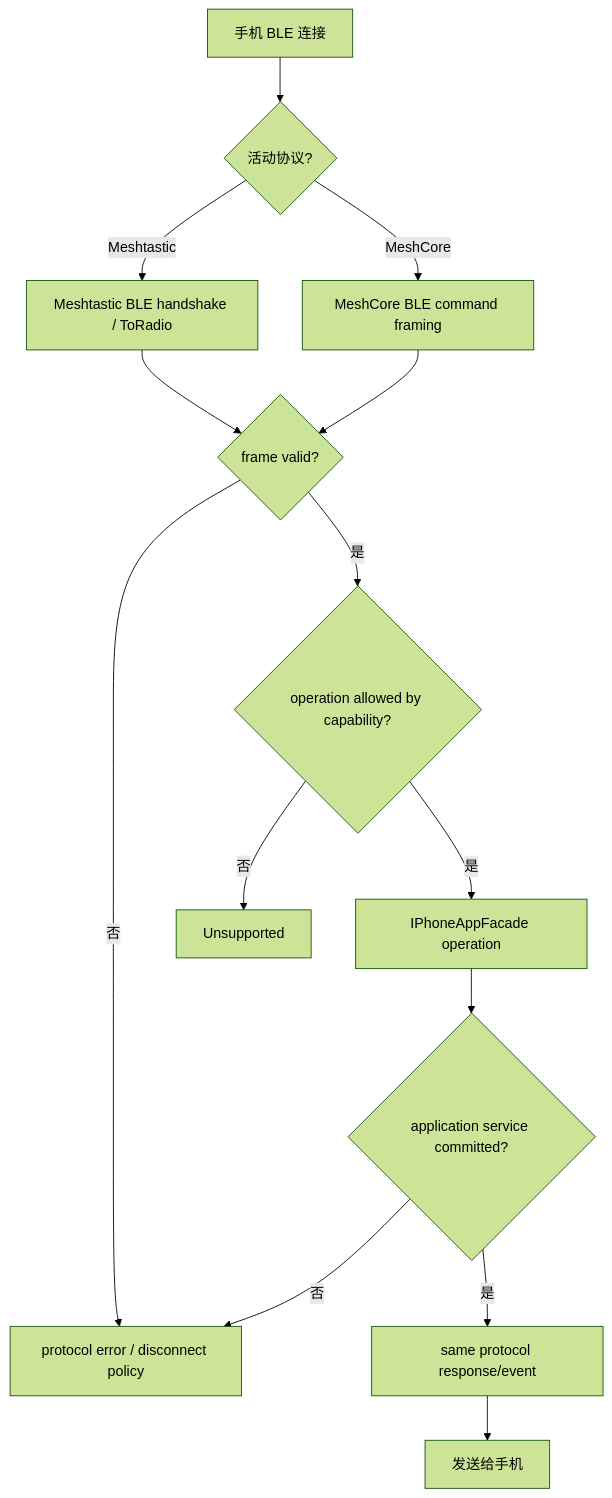
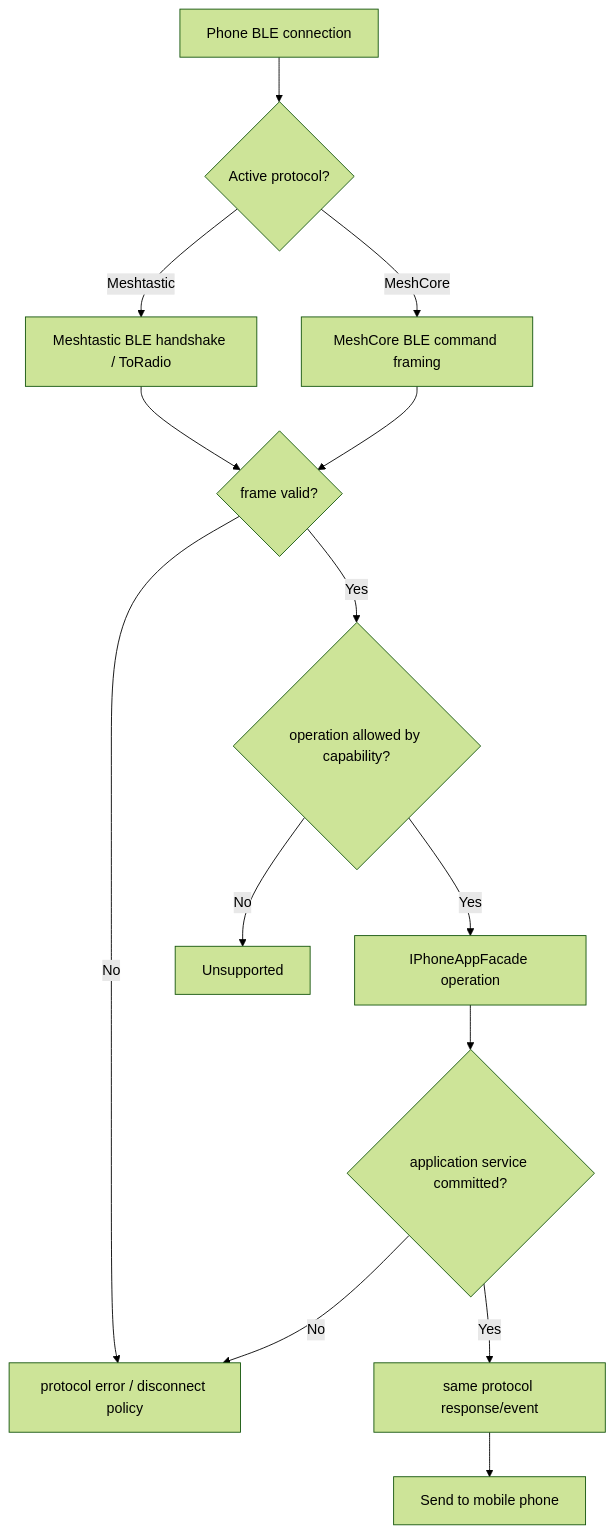
One commit to manmuqingshan/trail-mate changed the diagram in docs/design/use-case-diagrams/sync-phone-application/activity.md. Above: the diagram before and after it, drawn with Mermaid (forest theme). The commit also changed other lines of this file and 527 other files, not shown here.

````diff
--- a/docs/design/use-case-diagrams/sync-phone-application/activity.md
+++ b/docs/design/use-case-diagrams/sync-phone-application/activity.md
@@ -2,16 +2,16 @@
 ```mermaid
 flowchart TD
-  Connect["手机 BLE 连接"] --> Select{"活动协议?"}
+ Connect["Phone BLE connection"] --> Select{"Active protocol?"}
   Select -- Meshtastic --> MT["Meshtastic BLE handshake / ToRadio"]
   Select -- MeshCore --> MC["MeshCore BLE command framing"]
   MT --> Parse{"frame valid?"}
   MC --> Parse
-  Parse -- 否 --> Error["protocol error / disconnect policy"]
-  Parse -- 是 --> Capability{"operation allowed by capability?"}
-  Capability -- 否 --> Unsupported
-  Capability -- 是 --> Facade["IPhoneAppFacade operation"]
+ Parse -- No --> Error["protocol error / disconnect policy"]
+ Parse -- Yes --> Capability{"operation allowed by capability?"}
+ Capability -- No --> Unsupported
+ Capability -- Yes --> Facade["IPhoneAppFacade operation"]
   Facade --> Commit{"application service committed?"}
-  Commit -- 否 --> Error
-  Commit -- 是 --> Encode["same protocol response/event"]
-  Encode --> Phone["发送给手机"]
+ Commit -- No --> Error
+ Commit -- Yes --> Encode["same protocol response/event"]
+ Encode --> Phone["Send to mobile phone"]
 ```
````
